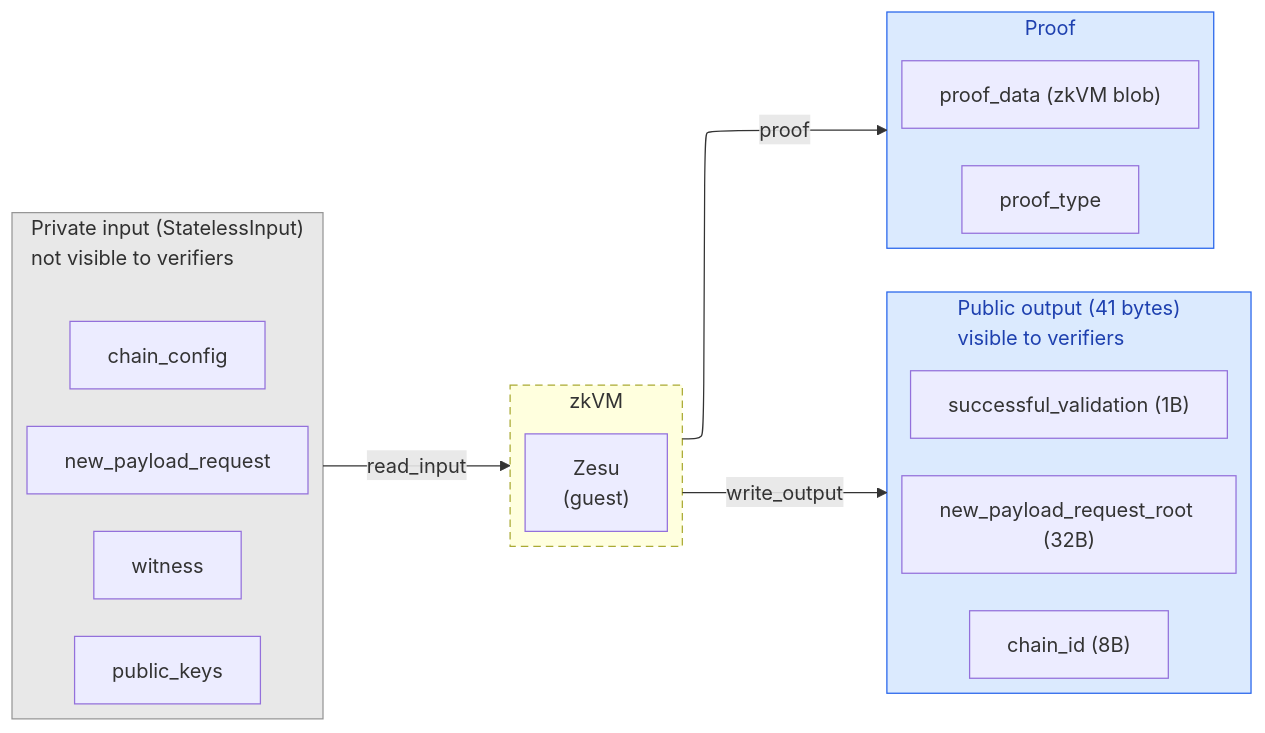
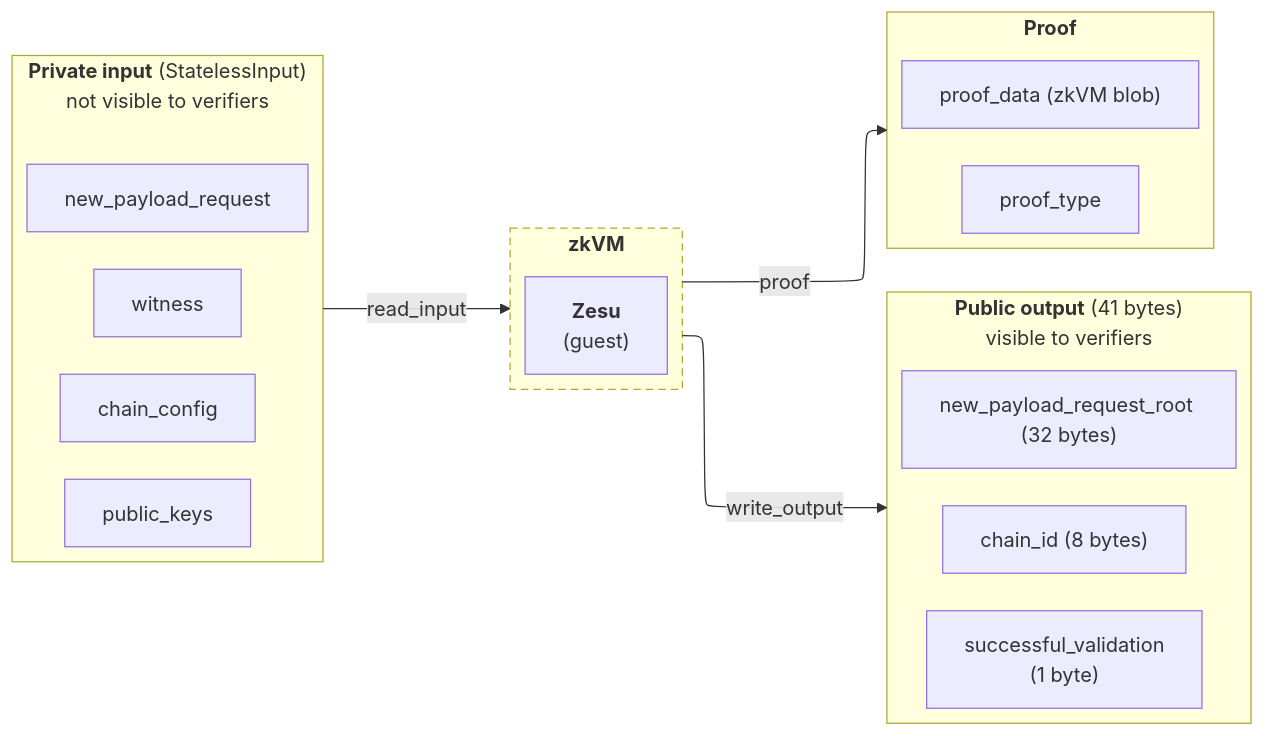
Before and after one commit to Consensys/doc.zesu: the diagram in docs/concepts/inputs-and-outputs.mdx, drawn with Mermaid. The commit also changed 4 other files, not shown here.

Commit message:
customize diagrams

````diff
--- a/docs/concepts/inputs-and-outputs.mdx
+++ b/docs/concepts/inputs-and-outputs.mdx
@@ -30,33 +30,39 @@
 ```mermaid
 ---
 config:
   layout: elk
+  elk:
+    nodePlacementStrategy: LINEAR_SEGMENTS
 ---
 flowchart LR
-    subgraph input["Private input (StatelessInput)\nnot visible to verifiers"]
+    subgraph input["`**Private input** (StatelessInput)<br/>not visible to verifiers`"]
+        direction TB
         F1[new_payload_request]
         F2[witness]
         F3[chain_config]
         F4[public_keys]
     end
-    subgraph zkvm["zkVM"]
-        Z["Zesu\n(guest)"]
+    subgraph zkvm["`**zkVM**`"]
+        Z["`**Zesu**<br/>(guest)`"]
     end
-    subgraph pubout["Public output (41 bytes)\nvisible to verifiers"]
-        O1["new_payload_request_root (32B)"]
-        O2["chain_id (8B)"]
-        O3["successful_validation (1B)"]
+    subgraph pubout["`**Public output** (41 bytes)<br/>visible to verifiers`"]
+        direction TB
+        O1["new_payload_request_root (32 bytes)"]
+        O2["chain_id (8 bytes)"]
+        O3["successful_validation<br/>(1 byte)"]
     end
-    subgraph proof["Proof"]
+    subgraph proof["`**Proof**`"]
+        direction TB
         P1["proof_data (zkVM blob)"]
         P2[proof_type]
     end
+    F1 ~~~ F2 ~~~ F3 ~~~ F4
+    O1 ~~~ O2 ~~~ O3
+    P1 ~~~ P2
     input -->|read_input| zkvm
     zkvm -->|write_output| pubout
     zkvm -->|proof| proof
-    classDef blueBox fill:#dbeafe,stroke:#2563eb,color:#1e40af
-    classDef grayBox fill:#e8e8e8,stroke:#969696,color:#303030
     class pubout,proof blueBox
     class input grayBox
     style zkvm stroke-dasharray:6 4
 ```
````
